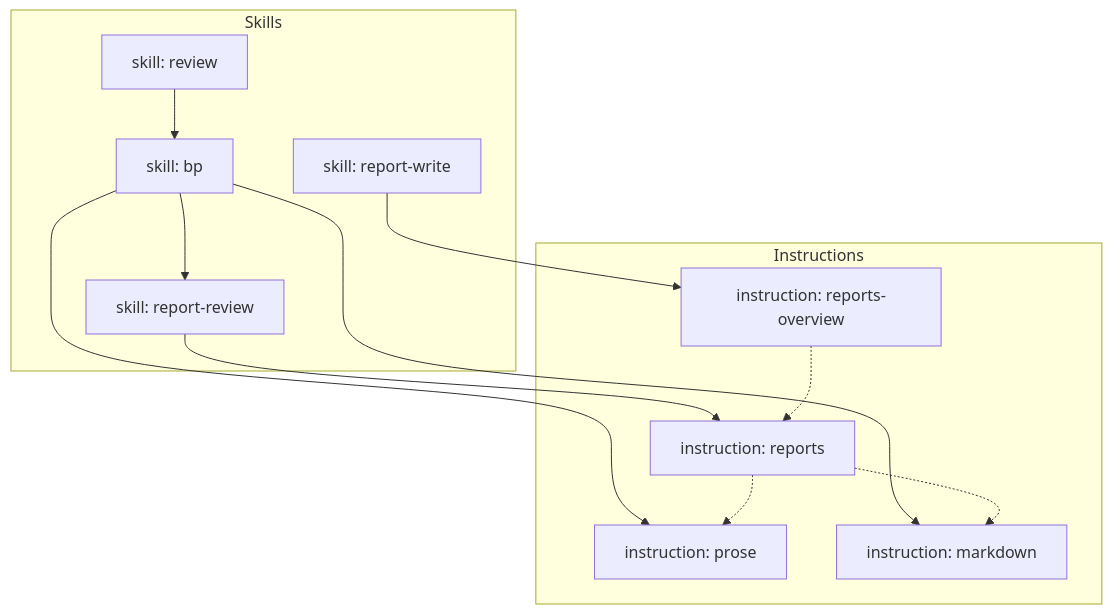
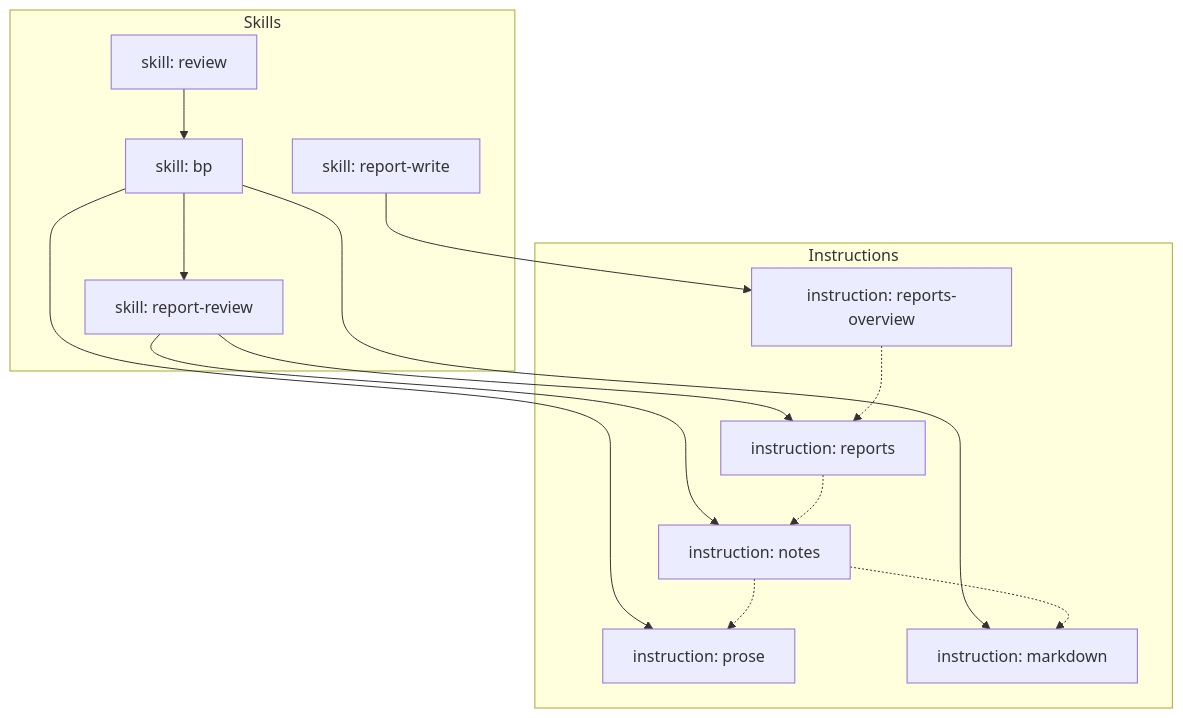
The diagram in README.md (SavenkovIgor/railing), drawn with Mermaid before and after one commit. The commit also changed other lines of this file and 8 other files, not shown here.

````diff
--- a/README.md
+++ b/README.md
@@ -52,26 +53,29 @@
 ```mermaid
 flowchart TD
     subgraph SK["Skills"]
         BP["skill: bp"]
         RR["skill: report-review"]
         RW["skill: report-write"]
         RV["skill: review"]
     end
 
     subgraph IN["Instructions"]
+        NT["instruction: notes"]
         REP["instruction: reports"]
         RO["instruction: reports-overview"]
         PR["instruction: prose"]
         MD["instruction: markdown"]
     end
 
     BP --> RR
     RV --> BP
     BP --> PR
     BP --> MD
+    RR --> NT
     RR --> REP
     RW --> RO
     RO -.-> REP
-    REP -.-> PR
-    REP -.-> MD
+    REP -.-> NT
+    NT -.-> PR
+    NT -.-> MD
 ```
````
